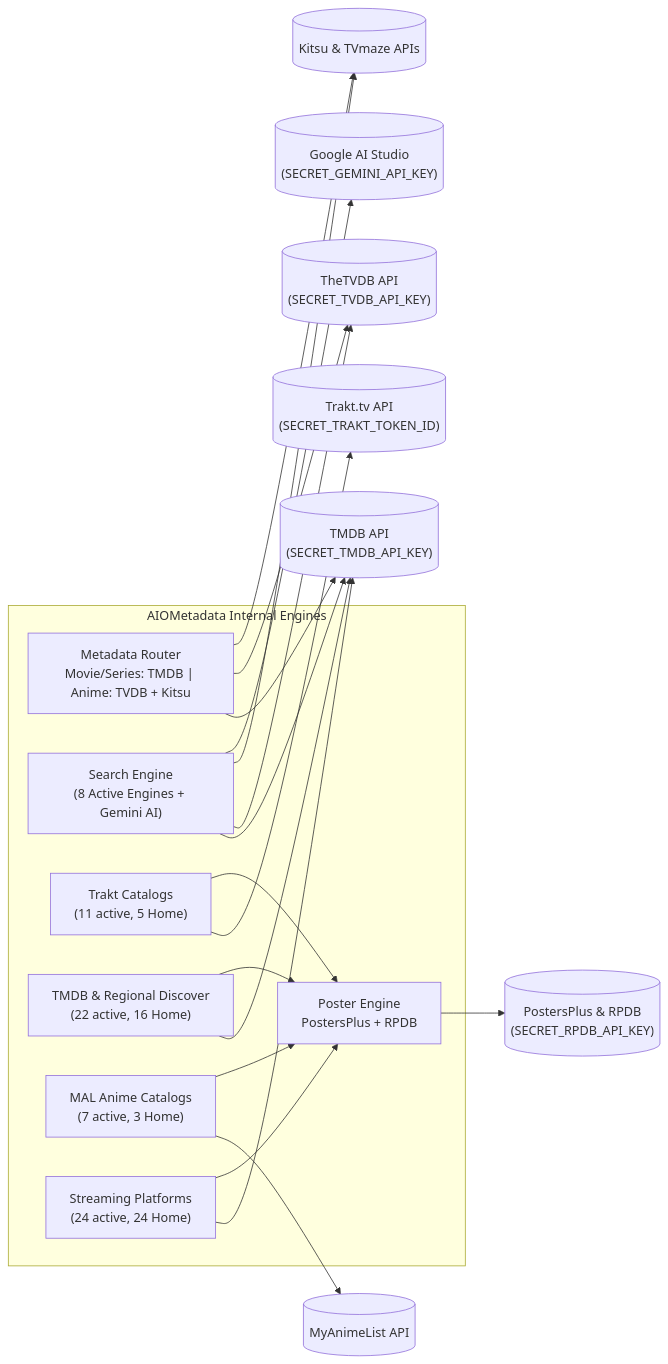
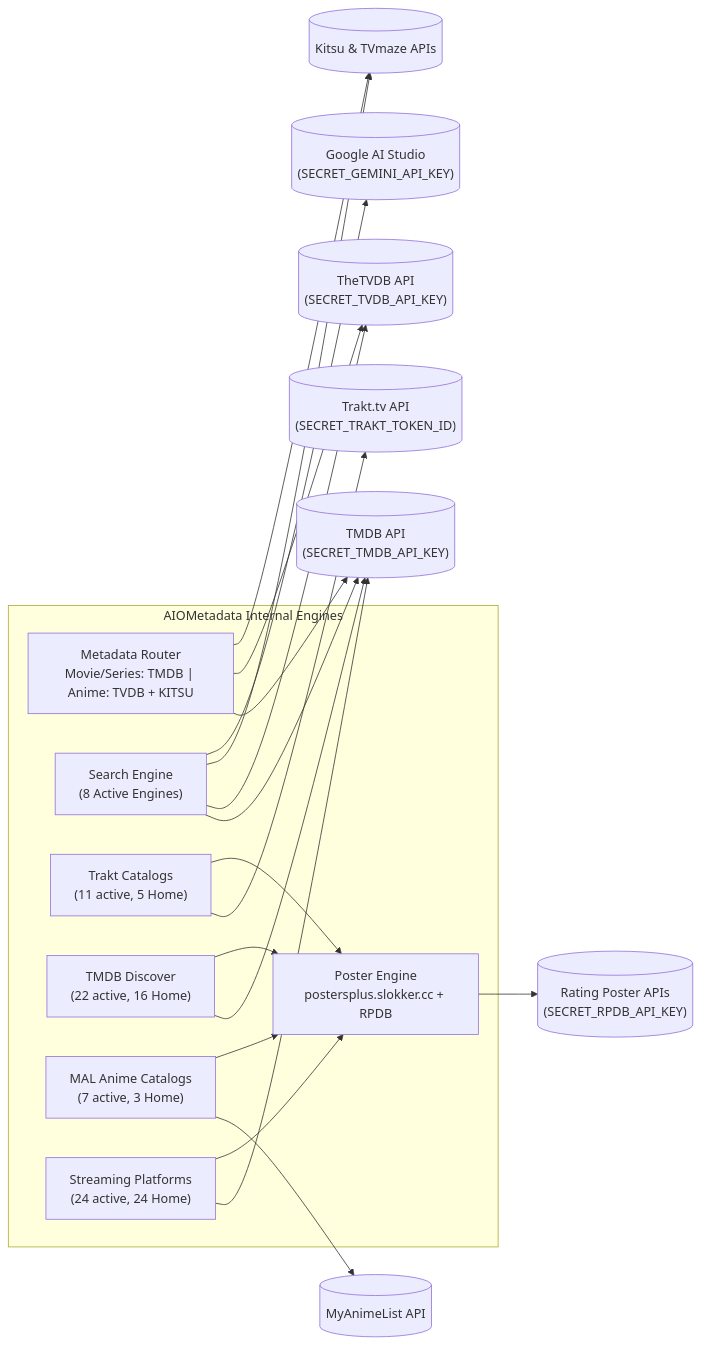
The third of 3 diagrams in ARCHITECTURE.md (Darshan-AS/stream-weaver), drawn with Mermaid before and after one commit. The commit also changed other lines of this file and 4 other files, not shown here.

Commit message:
refactor(architecture,services): Make LikeC4 topology and manifest refresh config-driven

````diff
--- a/ARCHITECTURE.md
+++ b/ARCHITECTURE.md
@@ -139,28 +139,28 @@
 ```mermaid
 flowchart LR
     subgraph AIOMetadata["AIOMetadata Internal Engines"]
-        MR["Metadata Router\nMovie/Series: TMDB | Anime: TVDB + Kitsu"]
-        SR["Search Engine\n(8 Active Engines + Gemini AI)"]
+        MR["Metadata Router\nMovie/Series: TMDB | Anime: TVDB + KITSU"]
+        SR["Search Engine\n(8 Active Engines)"]
         CAT_TRAKT["Trakt Catalogs\n(11 active, 5 Home)"]
-        CAT_TMDB["TMDB & Regional Discover\n(22 active, 16 Home)"]
+        CAT_TMDB["TMDB Discover\n(22 active, 16 Home)"]
         CAT_MAL["MAL Anime Catalogs\n(7 active, 3 Home)"]
         CAT_STR["Streaming Platforms\n(24 active, 24 Home)"]
-        ART["Poster Engine\nPostersPlus + RPDB"]
+        ART["Poster Engine\npostersplus.slokker.cc + RPDB"]
     end
 
     TMDB_API[("TMDB API\n(SECRET_TMDB_API_KEY)")]
     TVDB_API[("TheTVDB API\n(SECRET_TVDB_API_KEY)")]
     KITSU_API[("Kitsu & TVmaze APIs")]
     GEMINI_API[("Google AI Studio\n(SECRET_GEMINI_API_KEY)")]
     TRAKT_API[("Trakt.tv API\n(SECRET_TRAKT_TOKEN_ID)")]
     MAL_API[("MyAnimeList API")]
-    POSTER_API[("PostersPlus & RPDB\n(SECRET_RPDB_API_KEY)")]
+    POSTER_API[("Rating Poster APIs\n(SECRET_RPDB_API_KEY)")]
 
     MR --> TMDB_API & TVDB_API & KITSU_API
     SR --> TMDB_API & TVDB_API & KITSU_API & GEMINI_API
     CAT_TRAKT --> TRAKT_API
     CAT_TMDB & CAT_STR --> TMDB_API
     CAT_MAL --> MAL_API
     CAT_TRAKT & CAT_TMDB & CAT_MAL & CAT_STR --> ART
     ART --> POSTER_API
 ```
````
